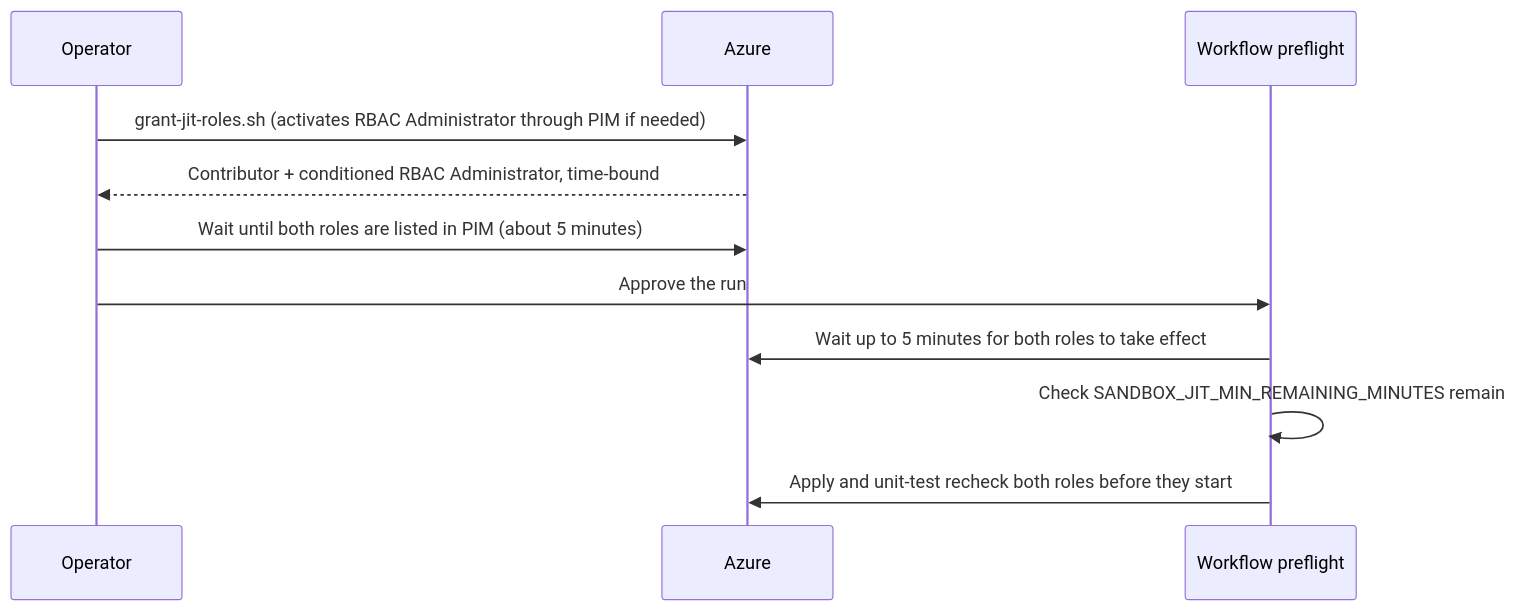
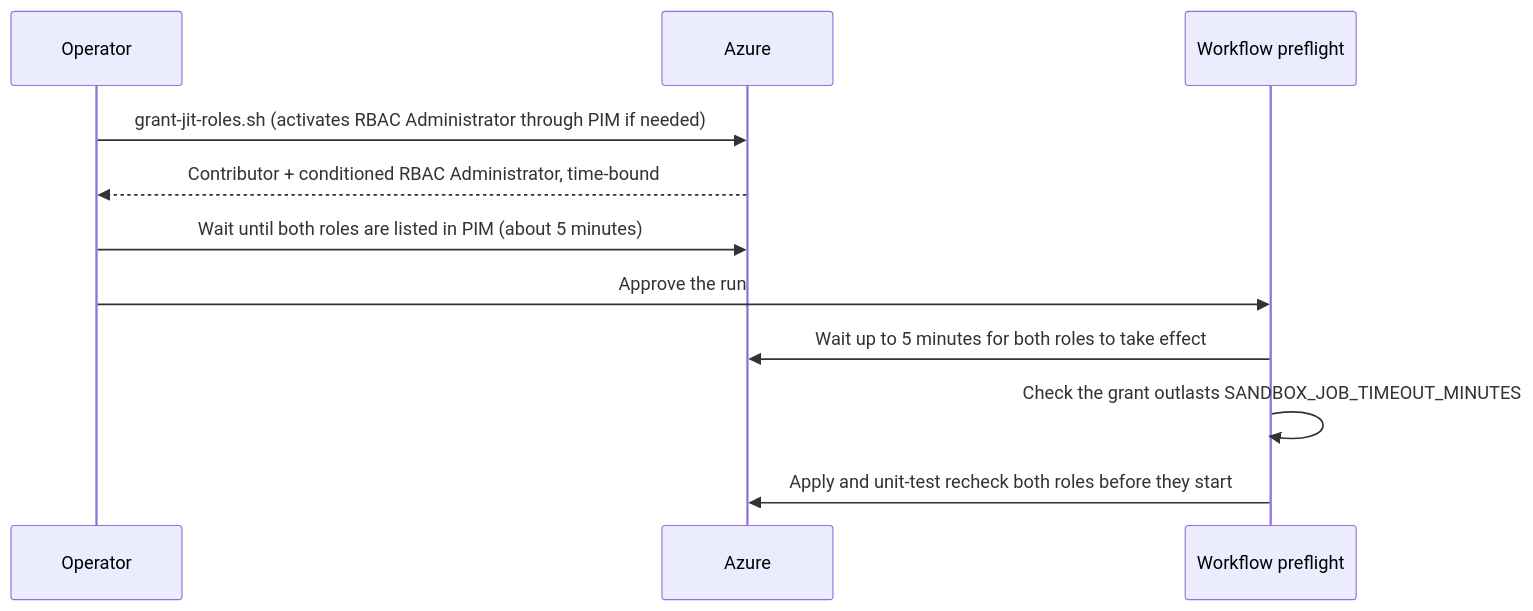
Before and after one commit to Azure-Samples/azuresandbox: the second of 3 diagrams in extras/configurations/rg-devops-iac/README.md, drawn with Mermaid. The commit also changed other lines of this file and 3 other files, not shown here.

First line of the commit message:
Make the sandbox job timeout configurable (default 360 minutes) (#1030)

````diff
--- a/extras/configurations/rg-devops-iac/README.md
+++ b/extras/configurations/rg-devops-iac/README.md
@@ -784,13 +784,13 @@
 ```mermaid
 sequenceDiagram
     participant Op as Operator
     participant Az as Azure
     participant Wf as Workflow preflight
     Op->>Az: grant-jit-roles.sh (activates RBAC Administrator through PIM if needed)
     Az-->>Op: Contributor + conditioned RBAC Administrator, time-bound
     Op->>Az: Wait until both roles are listed in PIM (about 5 minutes)
     Op->>Wf: Approve the run
     Wf->>Az: Wait up to 5 minutes for both roles to take effect
-    Wf->>Wf: Check SANDBOX_JIT_MIN_REMAINING_MINUTES remain
+    Wf->>Wf: Check the grant outlasts SANDBOX_JOB_TIMEOUT_MINUTES
     Wf->>Az: Apply and unit-test recheck both roles before they start
 ```
````
